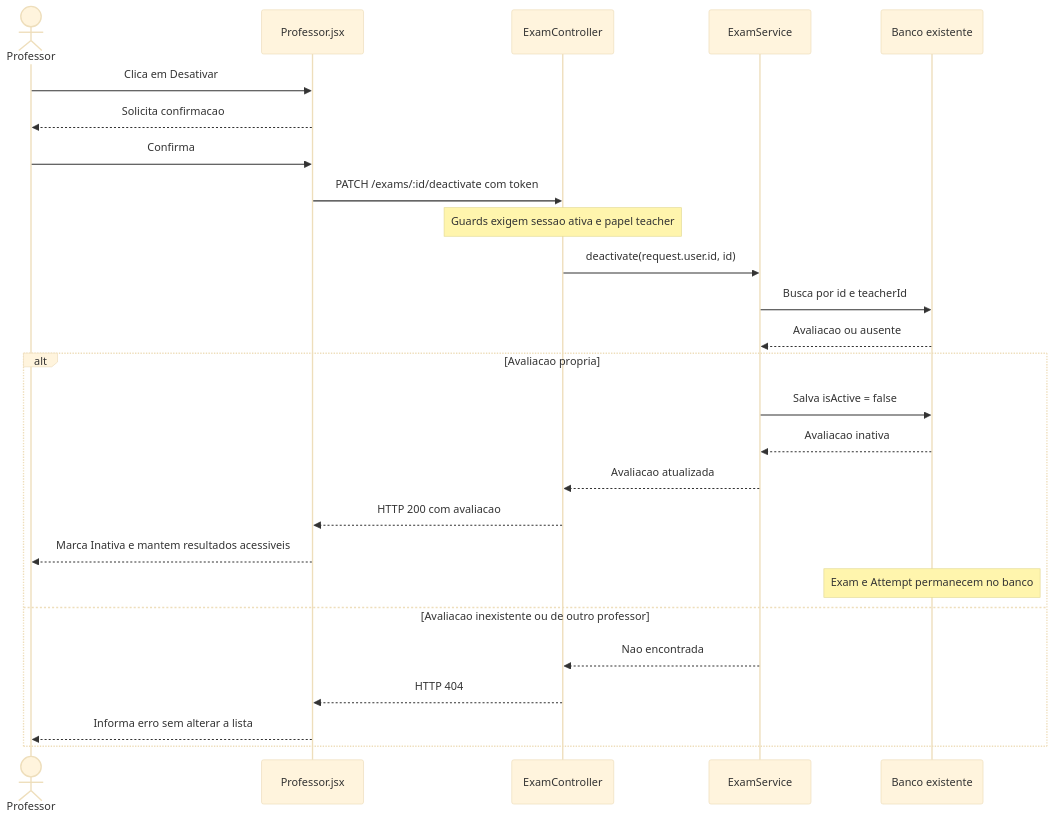
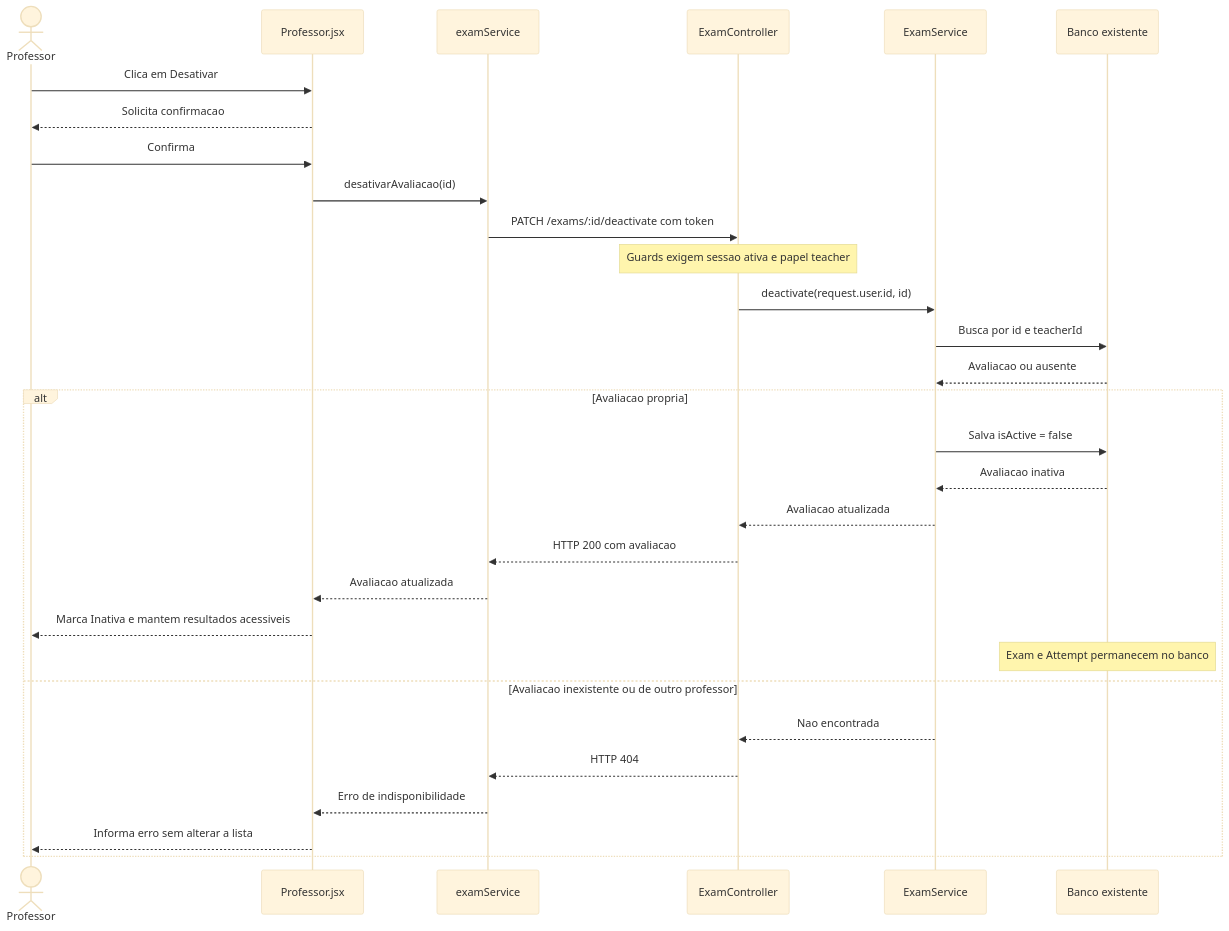
Before and after one commit to p-v-dev/PIM-IV: the second of 2 diagrams in docs/10-desativar-avaliacao.md, drawn with Mermaid (base theme). The commit also changed other lines of this file and 21 other files, not shown here.

Commit message:
Criação da UML e termino de criação da Web

````diff
--- a/docs/10-desativar-avaliacao.md
+++ b/docs/10-desativar-avaliacao.md
@@ -141,28 +140,32 @@
 ```mermaid
 sequenceDiagram
     actor Professor
     participant Tela as Professor.jsx
+    participant Controle as examService
     participant Controller as ExamController
     participant Service as ExamService
     participant Banco as Banco existente
     Professor->>Tela: Clica em Desativar
     Tela-->>Professor: Solicita confirmacao
     Professor->>Tela: Confirma
-    Tela->>Controller: PATCH /exams/:id/deactivate com token
+    Tela->>Controle: desativarAvaliacao(id)
+    Controle->>Controller: PATCH /exams/:id/deactivate com token
     Note over Controller: Guards exigem sessao ativa e papel teacher
     Controller->>Service: deactivate(request.user.id, id)
     Service->>Banco: Busca por id e teacherId
     Banco-->>Service: Avaliacao ou ausente
     alt Avaliacao propria
         Service->>Banco: Salva isActive = false
         Banco-->>Service: Avaliacao inativa
         Service-->>Controller: Avaliacao atualizada
-        Controller-->>Tela: HTTP 200 com avaliacao
+        Controller-->>Controle: HTTP 200 com avaliacao
+        Controle-->>Tela: Avaliacao atualizada
         Tela-->>Professor: Marca Inativa e mantem resultados acessiveis
         Note over Banco: Exam e Attempt permanecem no banco
     else Avaliacao inexistente ou de outro professor
         Service-->>Controller: Nao encontrada
-        Controller-->>Tela: HTTP 404
+        Controller-->>Controle: HTTP 404
+        Controle-->>Tela: Erro de indisponibilidade
         Tela-->>Professor: Informa erro sem alterar a lista
     end
 ```
````
